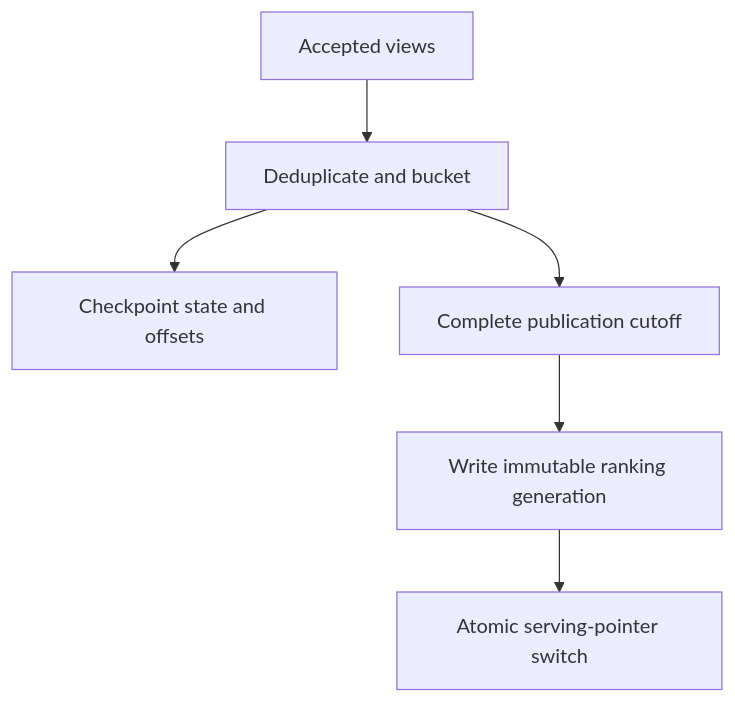
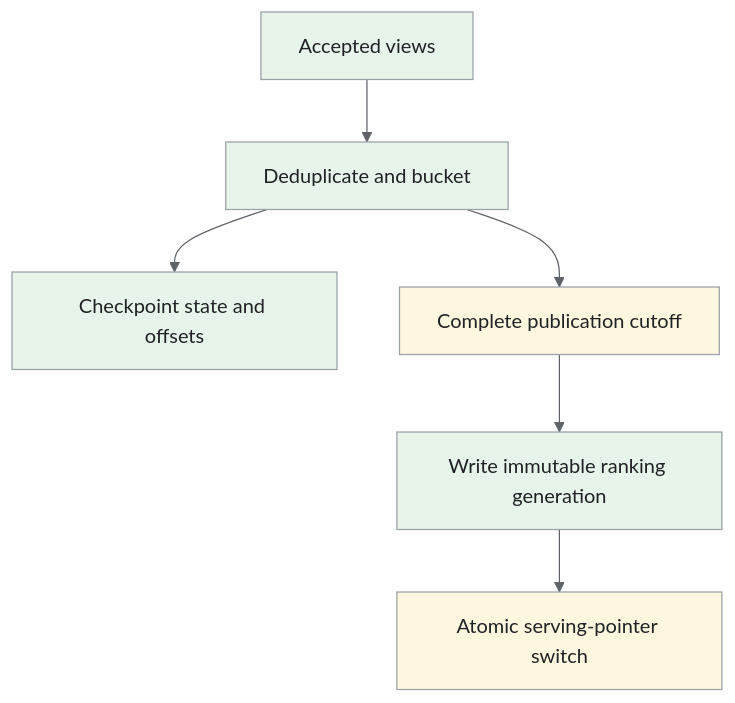
The third of 3 diagrams in _designs/system-design-top-k.md (iliazlobin/iliazlobin.github.io), drawn with Mermaid before and after one commit. The commit also changed other lines of this file and 25 other files, not shown here.

Commit message:
docs: explain Batch B design flows and tradeoffs

````diff
--- a/_designs/system-design-top-k.md
+++ b/_designs/system-design-top-k.md
@@ -233,8 +286,15 @@
 ```mermaid
+%%{init: {'theme':'base','themeVariables':{'primaryColor':'#e8f0fe','primaryTextColor':'#202124','primaryBorderColor':'#9aa0a6','lineColor':'#5f6368','secondaryColor':'#e6f4ea','tertiaryColor':'#fef7e0','actorBkg':'#e8f0fe','actorBorder':'#9aa0a6','actorTextColor':'#202124','noteBkgColor':'#fef7e0','noteTextColor':'#202124','noteBorderColor':'#9aa0a6','signalColor':'#5f6368','signalTextColor':'#202124','labelBoxBkgColor':'#fef7e0','labelBoxBorderColor':'#9aa0a6'}}}%%
 flowchart TB
   E["Accepted views"] --> A["Deduplicate and bucket"]
   A --> C["Checkpoint state and offsets"]
   A --> P["Complete publication cutoff"]
   P --> G["Write immutable ranking generation"]
   G --> S["Atomic serving-pointer switch"]
+classDef request fill:#e8f0fe,stroke:#9aa0a6,color:#202124;
+classDef data fill:#e6f4ea,stroke:#9aa0a6,color:#202124;
+classDef control fill:#fef7e0,stroke:#9aa0a6,color:#202124;
+class E,A,C,G data;
+class P,S control;
+
 ```
````
